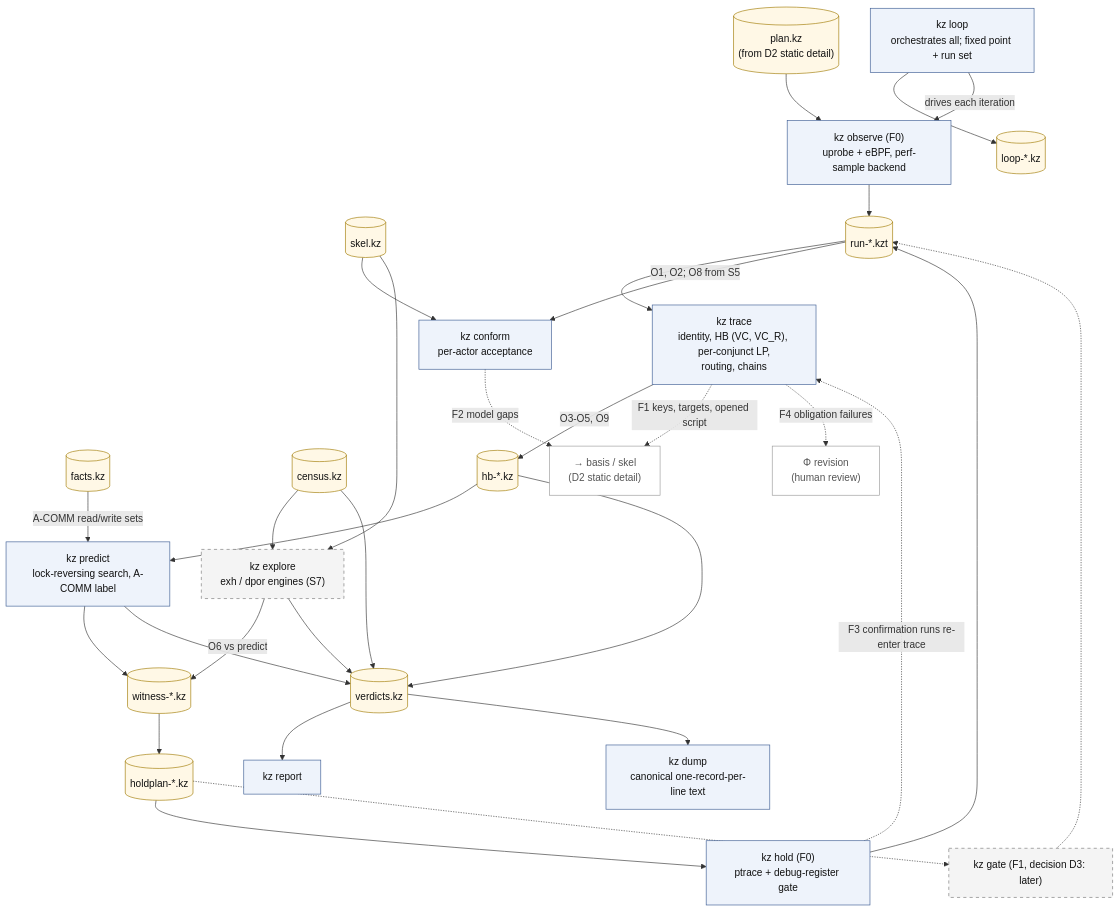
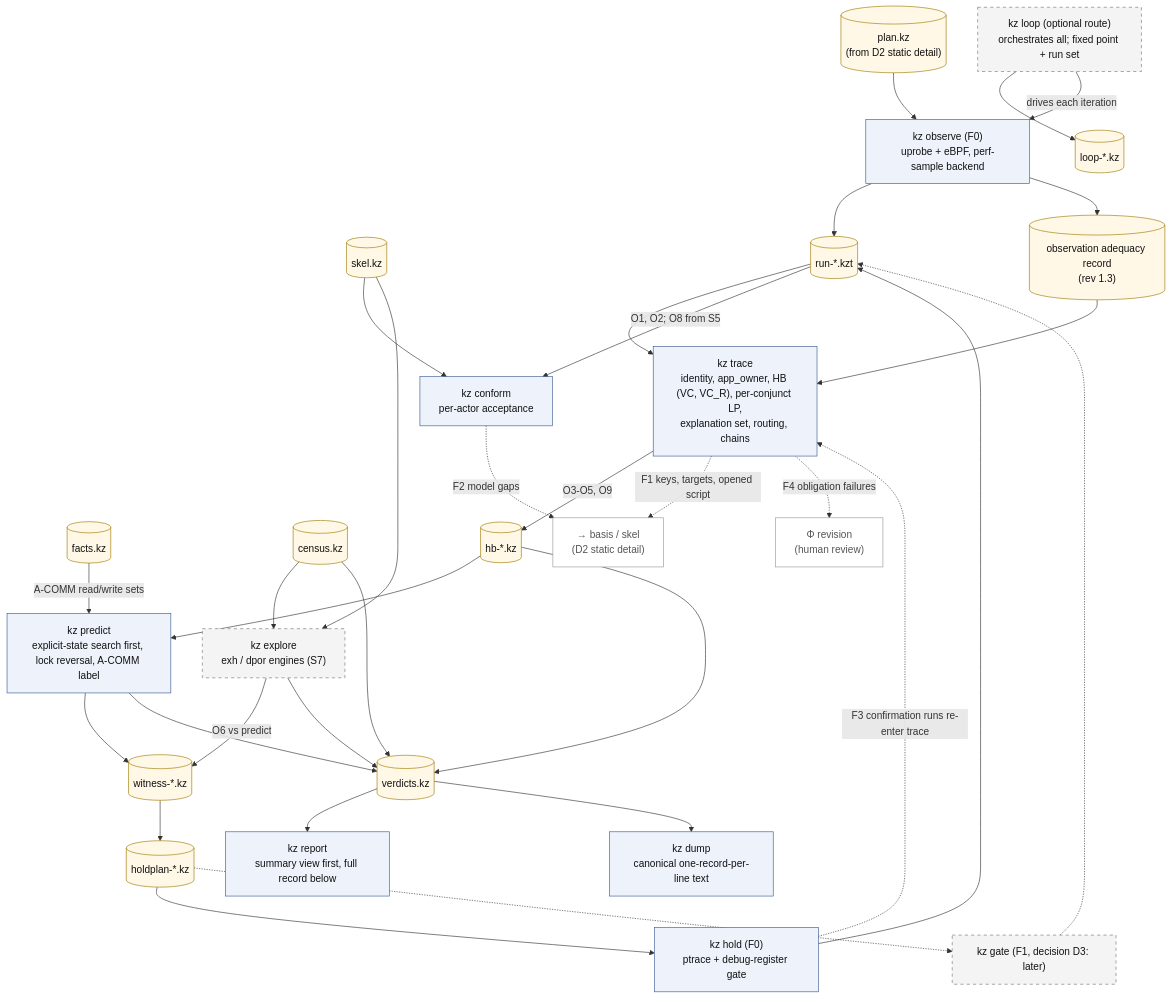
The fourth of 4 diagrams in research/cfs_procrace/Architecture/02_architecture.md (wookjaeya/Shape-Perf), drawn with Mermaid before and after one commit. The commit also changed other lines of this file and 5 other files, not shown here.

First line of the commit message:
WIP: Korean mirrors of SPEC rev 1.3 in progress (checkpoint 2; agents still editing)

````diff
--- a/research/cfs_procrace/Architecture/02_architecture.md
+++ b/research/cfs_procrace/Architecture/02_architecture.md
@@ -610,70 +650,73 @@
 ```mermaid
 flowchart TD
     %% D2 detail (2/2) - observation, concrete and operational interpreters, confirmation, verdicts, loop.
-    %% Source: spec §12 D2; §2.2-2.5, §4.8-4.14.
-    %% Dashed border = gated (explore: S7; gate: later, decision D3). Dashed edge = feedback F1-F4.
+    %% Source: spec §12 D2 (rev 1.3, C-48); §2.2-2.5, §4.8-4.14.
+    %% Dashed border = optional route (rev 1.3, ADR-053: explore, gate, loop) or gated (explore: S7; gate: later, decision D3). Dashed edge = feedback F1-F4.
 
     PK[("plan.kz<br/>(from D2 static detail)")]
     SK[("skel.kz")]
     FK[("facts.kz")]
     CEN[("census.kz")]
 
     OBS["kz observe (F0)<br/>uprobe + eBPF, perf-sample backend"]
     RUN[("run-*.kzt")]
-    TRC["kz trace<br/>identity, HB (VC, VC_R), per-conjunct LP,<br/>routing, chains"]
+    ADQ[("observation adequacy record<br/>(rev 1.3)")]
+    TRC["kz trace<br/>identity, app_owner, HB (VC, VC_R), per-conjunct LP,<br/>explanation set, routing, chains"]
     HB[("hb-*.kz")]
     CNF["kz conform<br/>per-actor acceptance"]
-    PRD["kz predict<br/>lock-reversing search, A-COMM label"]
+    PRD["kz predict<br/>explicit-state search first, lock reversal, A-COMM label"]
     EXP["kz explore<br/>exh / dpor engines (S7)"]
     WIT[("witness-*.kz")]
     HPL[("holdplan-*.kz")]
     HLD["kz hold (F0)<br/>ptrace + debug-register gate"]
     GAT["kz gate (F1, decision D3: later)"]
     VER[("verdicts.kz")]
-    REP["kz report"]
+    REP["kz report<br/>summary view first, full record below"]
     DMP["kz dump<br/>canonical one-record-per-line text"]
-    LOOP["kz loop<br/>orchestrates all; fixed point + run set"]
+    LOOP["kz loop (optional route)<br/>orchestrates all; fixed point + run set"]
     LK[("loop-*.kz")]
 
     BASK["→ basis / skel<br/>(D2 static detail)"]
     PROF["Φ revision<br/>(human review)"]
 
     PK --> OBS --> RUN
     RUN --> TRC
+    OBS --> ADQ
+    ADQ --> TRC
     TRC -->|"O3-O5, O9"| HB
     RUN -->|"O1, O2; O8 from S5"| CNF
     SK --> CNF
     HB --> PRD
     FK -->|"A-COMM read/write sets"| PRD
     PRD --> WIT
     SK --> EXP
     CEN --> EXP
     EXP -->|"O6 vs predict"| WIT
     WIT --> HPL
     HPL --> HLD
     HPL -.-> GAT
     HLD --> RUN
     GAT -.-> RUN
     CEN --> VER
     HB --> VER
     PRD --> VER
     EXP --> VER
     VER --> REP
     VER --> DMP
     LOOP --> LK
     LOOP -->|"drives each iteration"| OBS
 
     TRC -.->|"F1 keys, targets, opened script"| BASK
     CNF -.->|"F2 model gaps"| BASK
     HLD -.->|"F3 confirmation runs re-enter trace"| TRC
     TRC -.->|"F4 obligation failures"| PROF
 
     classDef comp fill:#eef3fb,stroke:#3b5b92,color:#111
     classDef art fill:#fff8e6,stroke:#a07a00,color:#111
     classDef gated fill:#f4f4f4,stroke:#777,stroke-dasharray:5 5,color:#111
     classDef ref fill:#ffffff,stroke:#999,color:#555
-    class OBS,TRC,CNF,PRD,HLD,REP,DMP,LOOP comp
-    class PK,SK,FK,CEN,RUN,HB,WIT,HPL,VER,LK art
-    class EXP,GAT gated
+    class OBS,TRC,CNF,PRD,HLD,REP,DMP comp
+    class PK,SK,FK,CEN,RUN,ADQ,HB,WIT,HPL,VER,LK art
+    class EXP,GAT,LOOP gated
     class BASK,PROF ref
 ```
````
